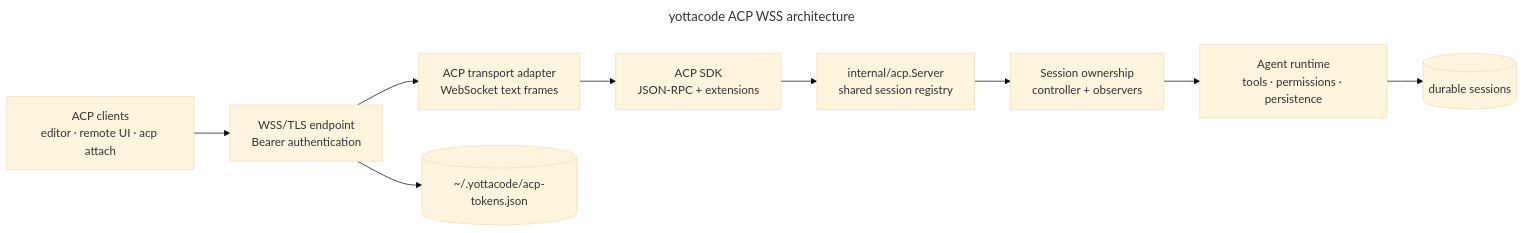
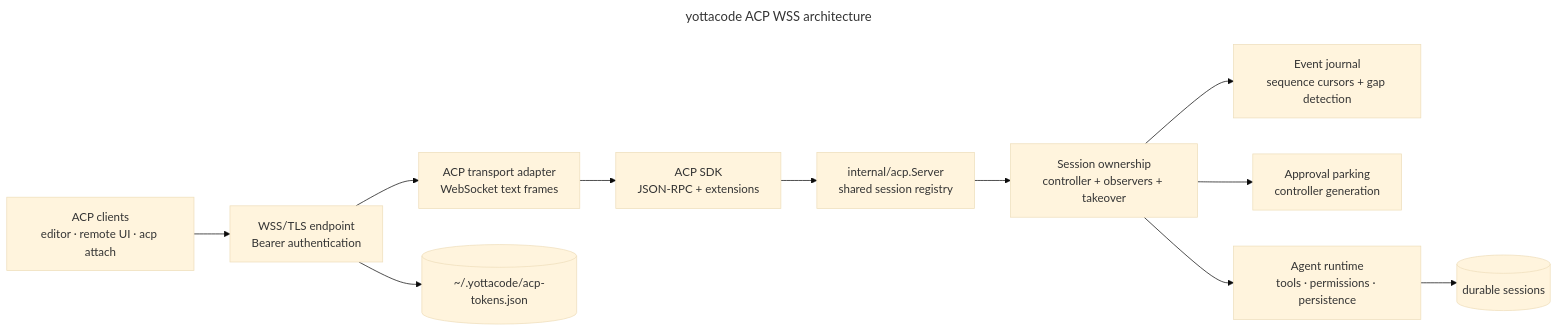
Before and after one commit to yottadynamics/yottacode: the diagram in docs/diagrams/src/acp-wss-architecture.mmd, drawn with Mermaid (base theme). The commit also changed 11 other files, not shown here.

```diff
--- a/docs/diagrams/src/acp-wss-architecture.mmd
+++ b/docs/diagrams/src/acp-wss-architecture.mmd
@@ -1,17 +1,21 @@
 ---
 title: yottacode ACP WSS architecture
 ---
 flowchart LR
     Client[ACP clients\neditor · remote UI · acp attach]
     WSS[WSS/TLS endpoint\nBearer authentication]
     Adapter[ACP transport adapter\nWebSocket text frames]
     SDK[ACP SDK\nJSON-RPC + extensions]
     Registry[internal/acp.Server\nshared session registry]
-    Ownership[Session ownership\ncontroller + observers]
+    Ownership[Session ownership\ncontroller + observers + takeover]
+    Journal[Event journal\nsequence cursors + gap detection]
+    Approvals[Approval parking\ncontroller generation]
     Runtime[Agent runtime\ntools · permissions · persistence]
     Tokens[(~/.yottacode/acp-tokens.json)]
     Sessions[(durable sessions)]
 
     Client --> WSS --> Adapter --> SDK --> Registry --> Ownership --> Runtime
+    Ownership --> Journal
+    Ownership --> Approvals
     WSS --> Tokens
     Runtime --> Sessions
```
